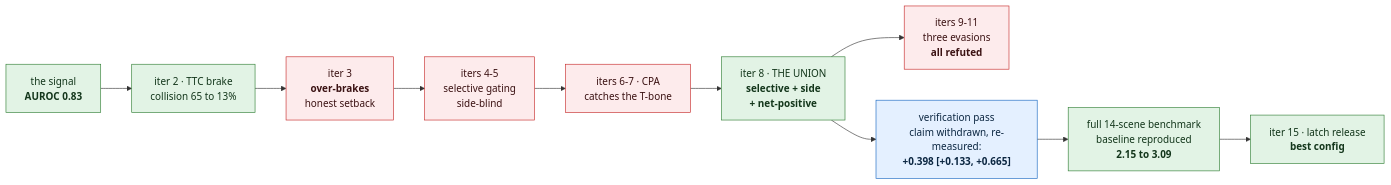
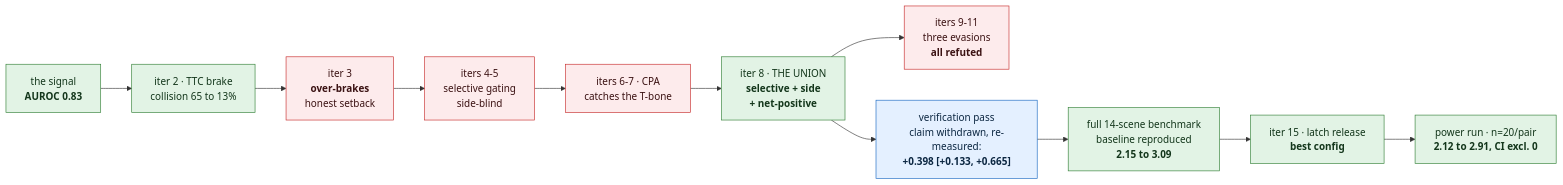
The first of 3 diagrams in README.md (manfromnowhere143/sentinel), drawn with Mermaid before and after one commit. The commit also changed other lines of this file and 15 other files, not shown here.

Commit message:
power run result: benchmark 2.12 to 2.91 at n=20/pair (CI [+0.605, +0.928]); deployment effect a tight null; H-P0 exact on all pairs through five documented host freezes (root cause memory exhaustion, fixed with swap); off/side-0921 at n=19

````diff
--- a/README.md
+++ b/README.md
@@ -83,18 +86,19 @@
 ```mermaid
 flowchart LR
   G1["the signal<br/><b>AUROC 0.83</b>"] --> I2["iter 2 · TTC brake<br/>collision 65 to 13%"]
   I2 --> I3["iter 3<br/><b>over-brakes</b><br/>honest setback"]
   I3 --> I45["iters 4-5<br/>selective gating<br/>side-blind"]
   I45 --> I67["iters 6-7 · CPA<br/>catches the T-bone"]
   I67 --> U["iter 8 · THE UNION<br/><b>selective + side<br/>+ net-positive</b>"]
   U --> E9["iters 9-11<br/>three evasions<br/><b>all refuted</b>"]
   U --> V["verification pass<br/>claim withdrawn, re-measured:<br/><b>+0.398 [+0.133, +0.665]</b>"]
   V --> F14["full 14-scene benchmark<br/>baseline reproduced<br/><b>2.15 to 3.09</b>"]
   F14 --> R15["iter 15 · latch release<br/><b>best config</b>"]
+  R15 --> P20["power run · n=20/pair<br/><b>2.12 to 2.91, CI excl. 0</b>"]
   classDef win fill:#e2f3e5,stroke:#2e7d32,color:#13361b;
   classDef bad fill:#fdebec,stroke:#c62828,color:#3b1213;
   classDef audit fill:#e4f0ff,stroke:#1565c0,color:#0c2742;
-  class G1,I2,U,F14,R15 win;
+  class G1,I2,U,F14,R15,P20 win;
   class I3,I45,I67,E9 bad;
   class V audit;
 ```
````
